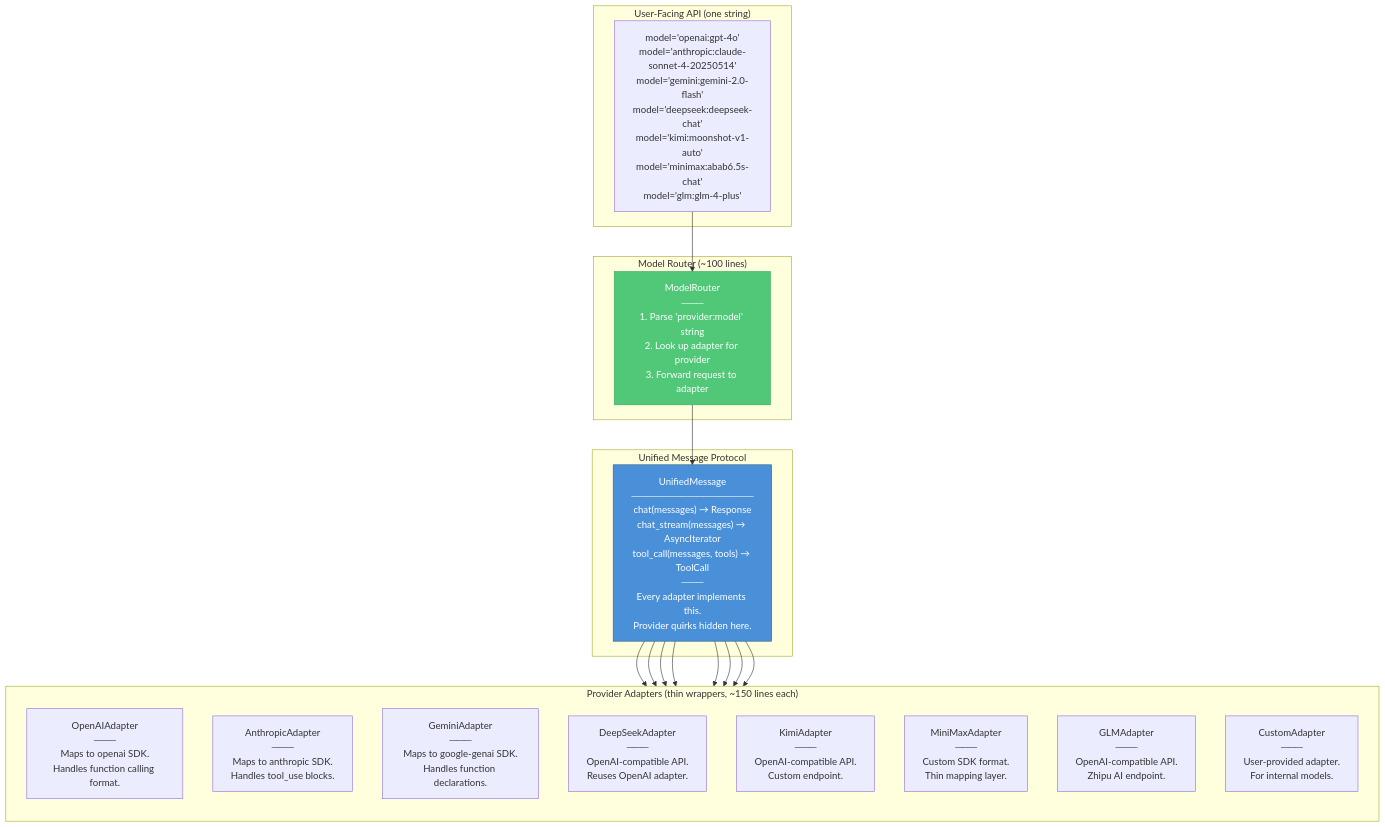
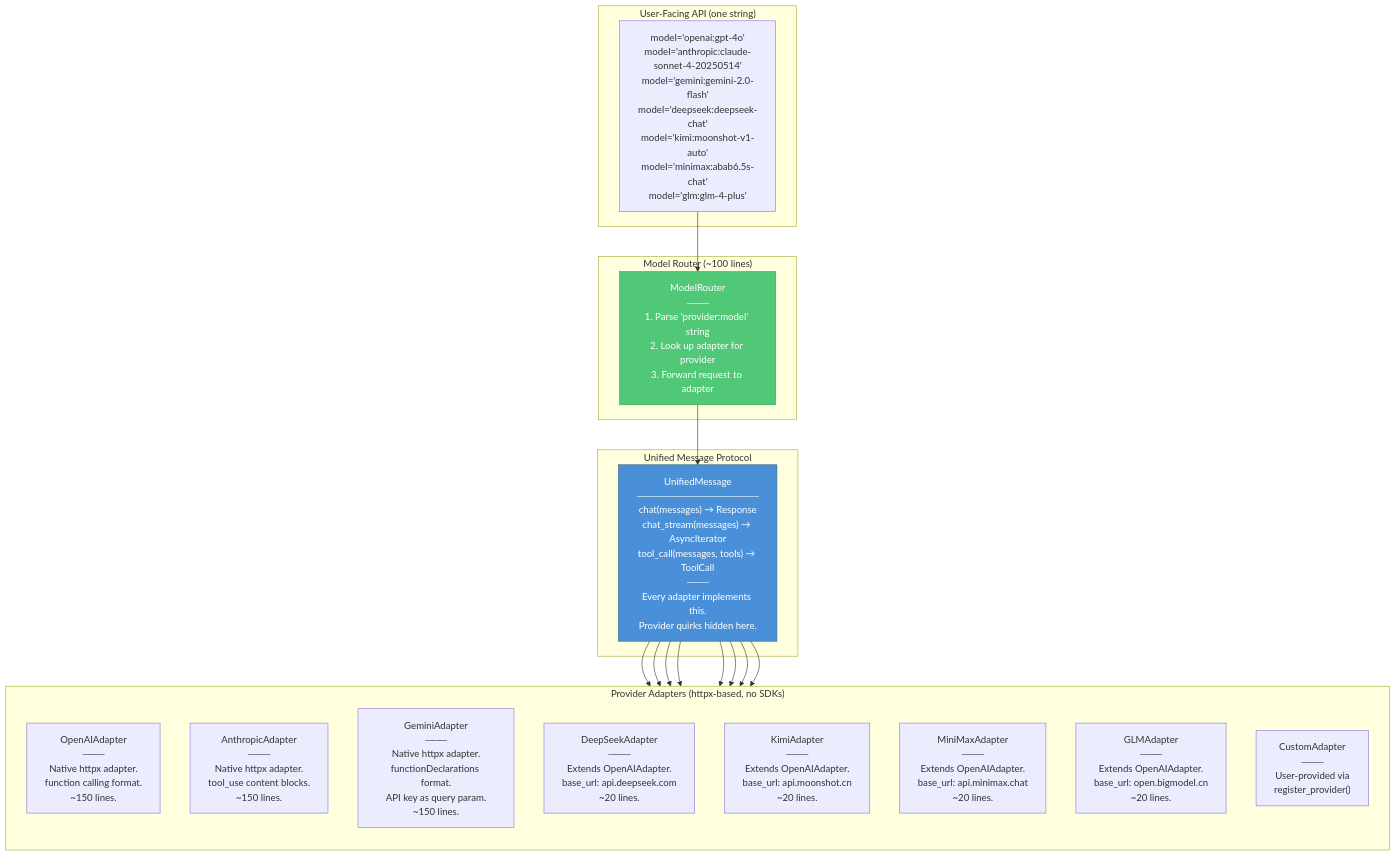
One commit to WYSIATI/pop changed the ninth of 38 diagrams in FRAMEWORK_ARCHITECTURE.md. Above: the diagram before and after it, drawn with Mermaid. The commit also changed 43 other files, not shown here.

````diff
--- a/FRAMEWORK_ARCHITECTURE.md
+++ b/FRAMEWORK_ARCHITECTURE.md
@@ -721,33 +721,33 @@
 ```mermaid
 graph TB
     subgraph "User-Facing API (one string)"
         UA["model='openai:gpt-4o'<br/>model='anthropic:claude-sonnet-4-20250514'<br/>model='gemini:gemini-2.0-flash'<br/>model='deepseek:deepseek-chat'<br/>model='kimi:moonshot-v1-auto'<br/>model='minimax:abab6.5s-chat'<br/>model='glm:glm-4-plus'"]
     end
 
     subgraph "Model Router (~100 lines)"
         MR["ModelRouter<br/>───<br/>1. Parse 'provider:model' string<br/>2. Look up adapter for provider<br/>3. Forward request to adapter"]
     end
 
     subgraph "Unified Message Protocol"
         UI["UnifiedMessage<br/>─────────────────<br/>chat(messages) → Response<br/>chat_stream(messages) → AsyncIterator<br/>tool_call(messages, tools) → ToolCall<br/>───<br/>Every adapter implements this.<br/>Provider quirks hidden here."]
     end
 
-    subgraph "Provider Adapters (thin wrappers, ~150 lines each)"
+    subgraph "Provider Adapters (httpx-based, no SDKs)"
         direction TB
-        OA["OpenAIAdapter<br/>───<br/>Maps to openai SDK.<br/>Handles function calling format."]
-        AN["AnthropicAdapter<br/>───<br/>Maps to anthropic SDK.<br/>Handles tool_use blocks."]
-        GE["GeminiAdapter<br/>───<br/>Maps to google-genai SDK.<br/>Handles function declarations."]
-        DS["DeepSeekAdapter<br/>───<br/>OpenAI-compatible API.<br/>Reuses OpenAI adapter."]
-        KI["KimiAdapter<br/>───<br/>OpenAI-compatible API.<br/>Custom endpoint."]
-        MM["MiniMaxAdapter<br/>───<br/>Custom SDK format.<br/>Thin mapping layer."]
-        GL["GLMAdapter<br/>───<br/>OpenAI-compatible API.<br/>Zhipu AI endpoint."]
-        CU["CustomAdapter<br/>───<br/>User-provided adapter.<br/>For internal models."]
+        OA["OpenAIAdapter<br/>───<br/>Native httpx adapter.<br/>function calling format.<br/>~150 lines."]
+        AN["AnthropicAdapter<br/>───<br/>Native httpx adapter.<br/>tool_use content blocks.<br/>~150 lines."]
+        GE["GeminiAdapter<br/>───<br/>Native httpx adapter.<br/>functionDeclarations format.<br/>API key as query param.<br/>~150 lines."]
+        DS["DeepSeekAdapter<br/>───<br/>Extends OpenAIAdapter.<br/>base_url: api.deepseek.com<br/>~20 lines."]
+        KI["KimiAdapter<br/>───<br/>Extends OpenAIAdapter.<br/>base_url: api.moonshot.cn<br/>~20 lines."]
+        MM["MiniMaxAdapter<br/>───<br/>Extends OpenAIAdapter.<br/>base_url: api.minimax.chat<br/>~20 lines."]
+        GL["GLMAdapter<br/>───<br/>Extends OpenAIAdapter.<br/>base_url: open.bigmodel.cn<br/>~20 lines."]
+        CU["CustomAdapter<br/>───<br/>User-provided via<br/>register_provider()"]
     end
 
     UA --> MR
     MR --> UI
     UI --> OA & AN & GE & DS & KI & MM & GL & CU
 
     style MR fill:#50C878,stroke:#30A858,color:#fff
     style UI fill:#4A90D9,stroke:#2C5F8A,color:#fff
 ```
````
